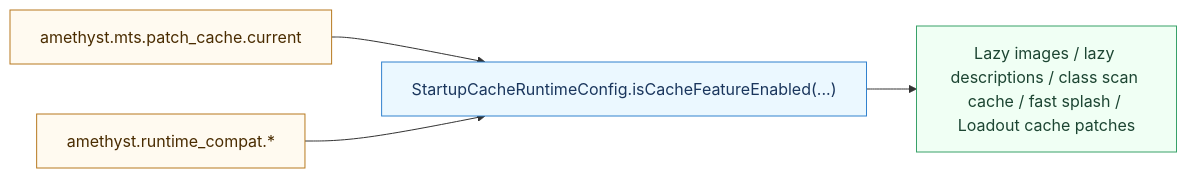
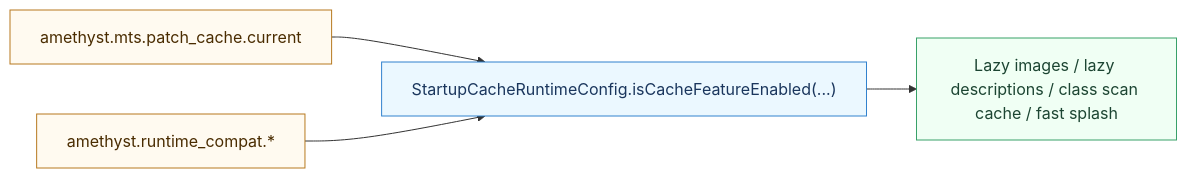
Before and after one commit to HHDLcopy/SlayTheAmethystModded: the third of 4 diagrams in docs/architecture/runtime-compat-architecture.md, drawn with Mermaid. The commit also changed 9 other files, not shown here.

First line of the commit message:
fix: leave Loadout unpatched regardless of the mts patch cache

````diff
--- a/docs/architecture/runtime-compat-architecture.md
+++ b/docs/architecture/runtime-compat-architecture.md
@@ -97,15 +97,15 @@
 ```mermaid
 flowchart LR
     PatchCache["amethyst.mts.patch_cache.current"]:::flag
     FeatureFlag["amethyst.runtime_compat.*"]:::flag
     Gate["StartupCacheRuntimeConfig.isCacheFeatureEnabled(...)"]:::gate
-    Features["Lazy images / lazy descriptions / class scan cache / fast splash / Loadout cache patches"]:::feat
+    Features["Lazy images / lazy descriptions / class scan cache / fast splash"]:::feat
 
     PatchCache --> Gate
     FeatureFlag --> Gate
     Gate --> Features
 
     classDef flag fill:#fffaf0,stroke:#b7791f,color:#4a2c00;
     classDef gate fill:#ebf8ff,stroke:#3182ce,color:#1a365d;
     classDef feat fill:#f0fff4,stroke:#38a169,color:#1c4532;
 ```
````
